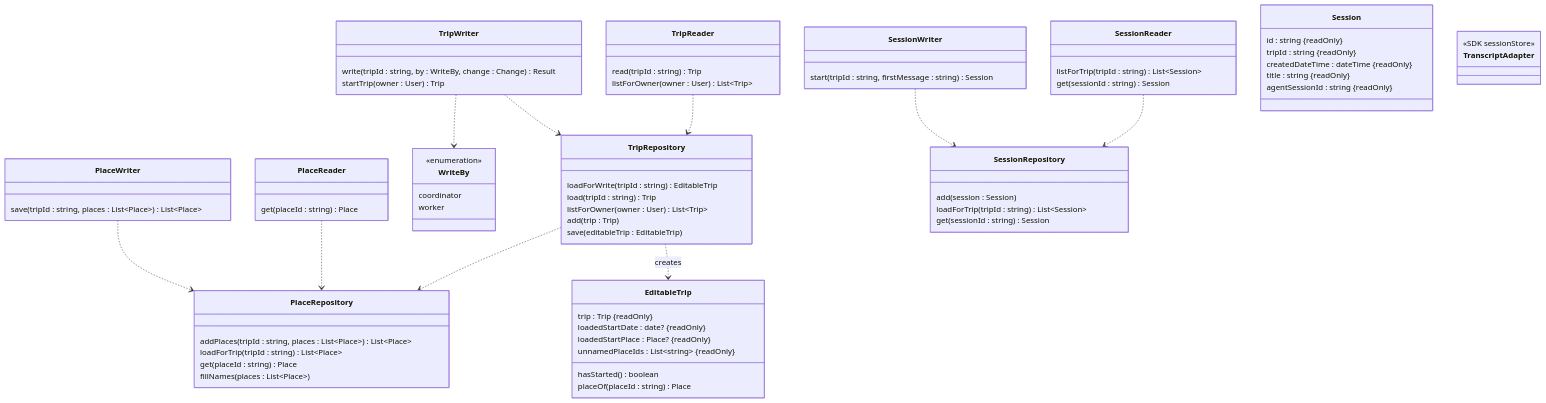
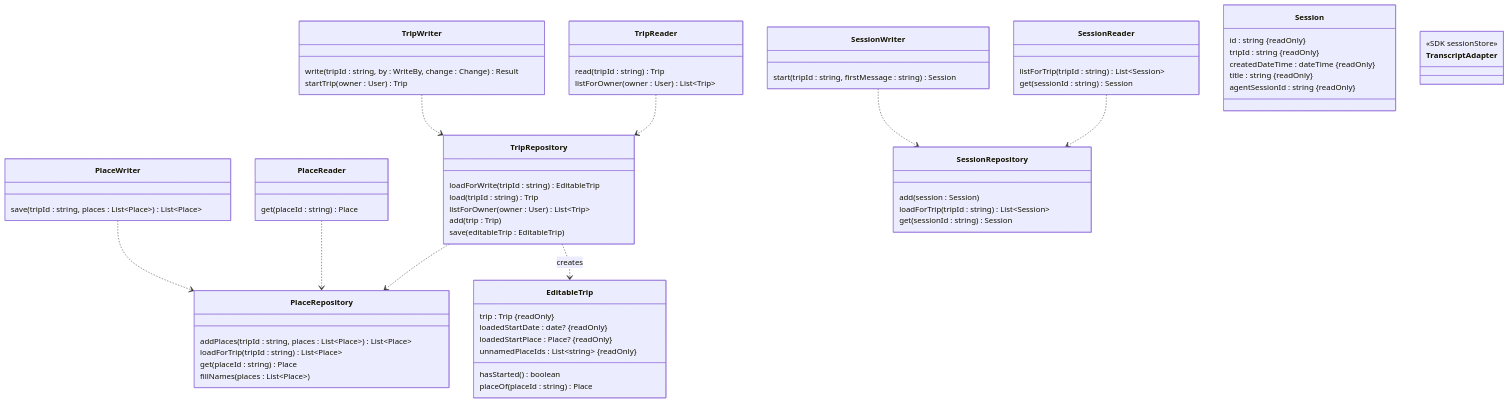
The diagram in design/persistence.md (nimbusscale/road-trip-agent), drawn with Mermaid before and after one commit. The commit also changed other lines of this file and 12 other files, not shown here.

```diff
--- a/design/persistence.md
+++ b/design/persistence.md
@@ -166,12 +166,6 @@
         agentSessionId : string #123;readOnly#125;
     }
 
-    class WriteBy {
-        <<enumeration>>
-        coordinator
-        worker
-    }
-
     class TripRepository {
         loadForWrite(tripId : string) EditableTrip
         load(tripId : string) Trip
@@ -206,7 +200,6 @@
         <<SDK sessionStore>>
     }
 
-    TripWriter ..> WriteBy
     TripWriter ..> TripRepository
     TripReader ..> TripRepository
     TripRepository ..> PlaceRepository
```
